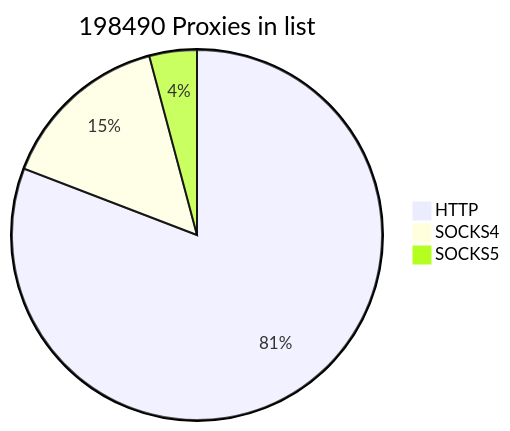
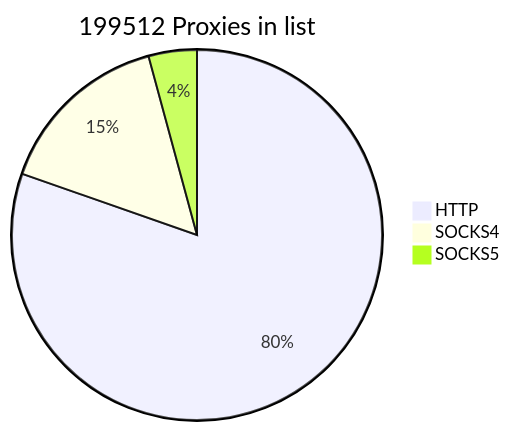
One commit to cutipu/proxylist changed the first of 2 diagrams in README.md. Above: the diagram before and after it, drawn with Mermaid. The commit also changed other lines of this file, not shown here.

````diff
--- a/README.md
+++ b/README.md
@@ -2,7 +2,7 @@
 ```mermaid
-pie title 198490 Proxies in list
-    "HTTP" : 160440
-    "SOCKS4" : 29815
-    "SOCKS5" : 8235
+pie title 199512 Proxies in list
+    "HTTP" : 160322
+    "SOCKS4" : 30786
+    "SOCKS5" : 8404
             
 ```
````
